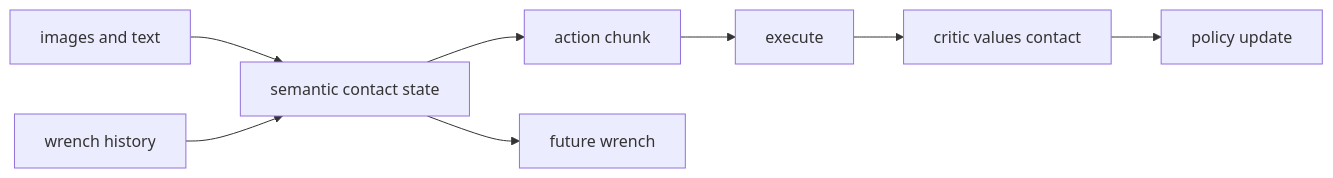
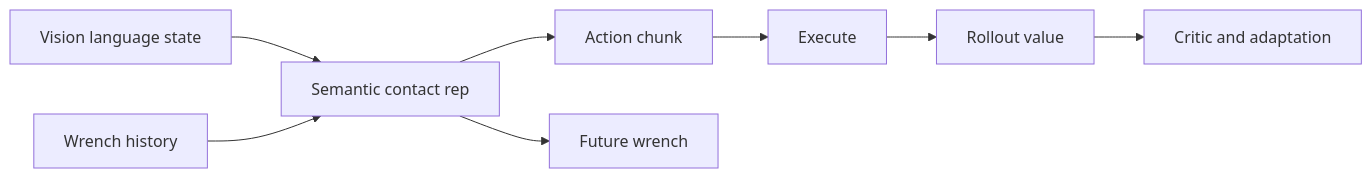
Before and after one commit to Solvement/jarvis-digest: the second of 18 diagrams in digests/2026-09-02.md, drawn with Mermaid. The commit also changed other lines of this file and 4 other files, not shown here.

````diff
--- a/digests/2026-09-02.md
+++ b/digests/2026-09-02.md
@@ -58,10 +57,10 @@
 ```mermaid
 graph LR
-A[images and text] --> B[semantic contact state]
-C[wrench history] --> B
-B --> D[action chunk]
-B --> E[future wrench]
-D --> F[execute]
-F --> G[critic values contact]
-G --> H[policy update]
+A[Vision language state] --> B[Semantic contact rep]
+C[Wrench history] --> B
+B --> D[Action chunk]
+B --> E[Future wrench]
+D --> F[Execute]
+F --> G[Rollout value]
+G --> H[Critic and adaptation]
 ```
````
